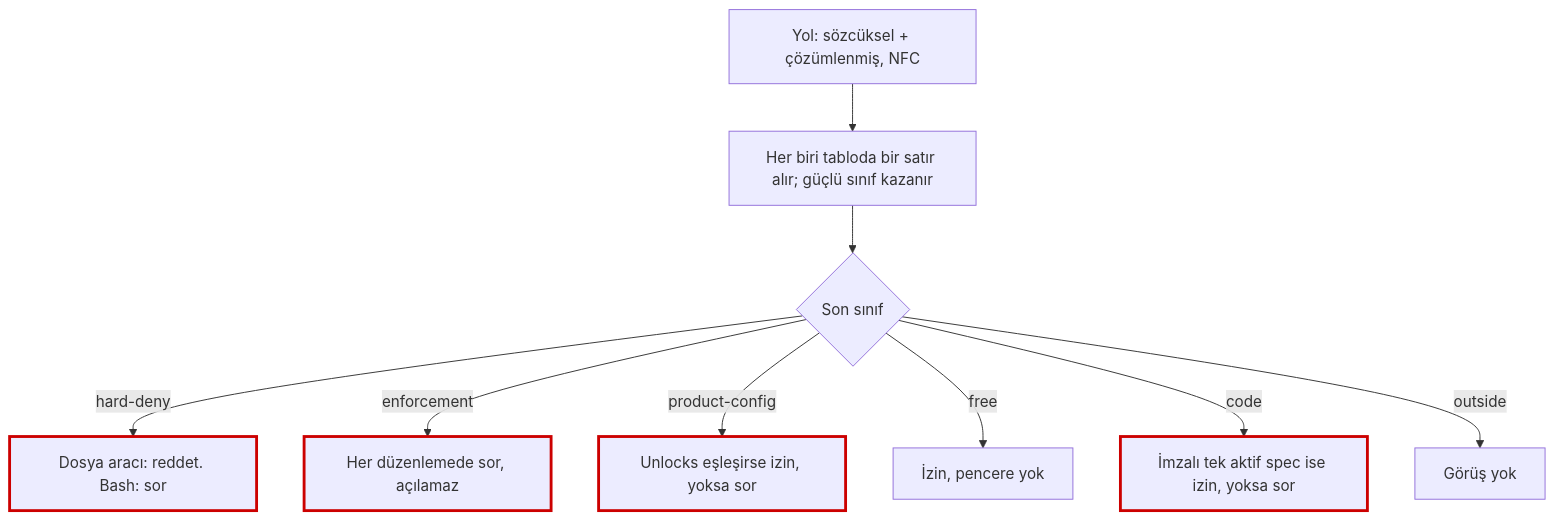
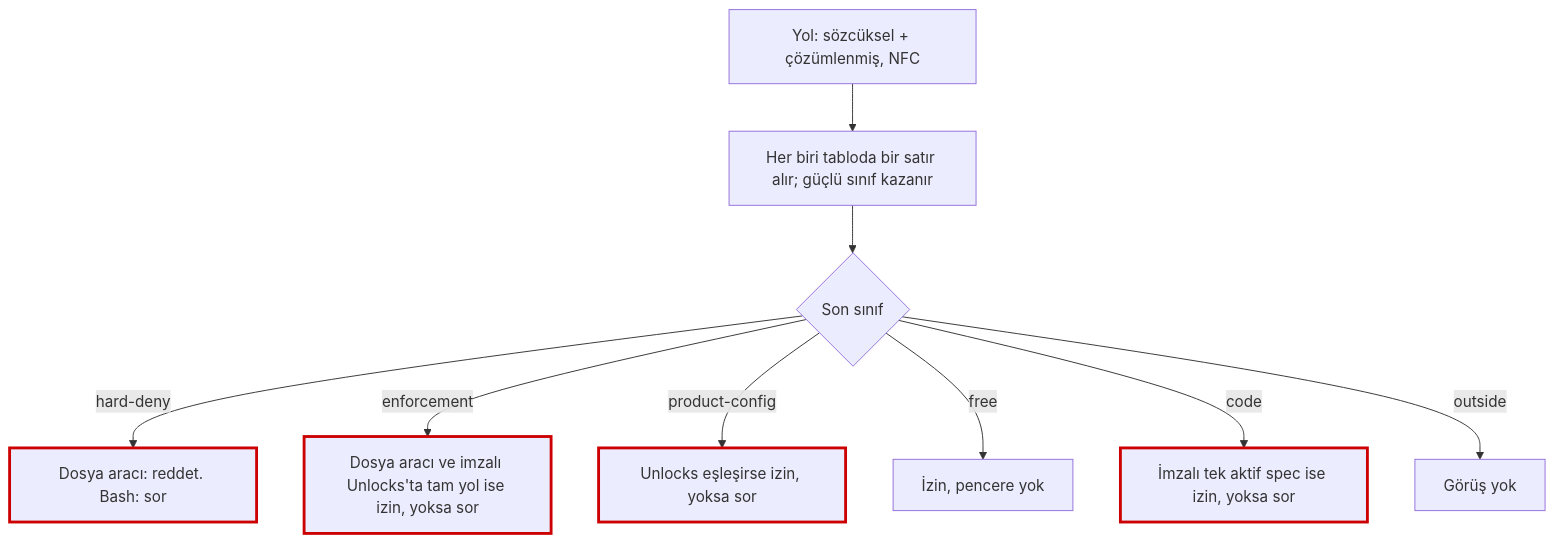
Before and after one commit to GktuOktay/claude-agency-v2: the first of 2 diagrams in docs/architecture/adr/0001-path-class-taxonomy.md, drawn with Mermaid. The commit also changed other lines of this file and 7 other files, not shown here.

````diff
--- a/docs/architecture/adr/0001-path-class-taxonomy.md
+++ b/docs/architecture/adr/0001-path-class-taxonomy.md
@@ -53,13 +55,13 @@
 ```mermaid
 flowchart TD
   A[Yol: sözcüksel + çözümlenmiş, NFC] --> S[Her biri tabloda bir satır alır; güçlü sınıf kazanır]
   S --> B{Son sınıf}
   B -->|hard-deny| R1[Dosya aracı: reddet. Bash: sor]
-  B -->|enforcement| R2[Her düzenlemede sor, açılamaz]
+  B -->|enforcement| R2[Dosya aracı ve imzalı Unlocks'ta tam yol ise izin, yoksa sor]
   B -->|product-config| R4[Unlocks eşleşirse izin, yoksa sor]
   B -->|free| R5[İzin, pencere yok]
   B -->|code| R6[İmzalı tek aktif spec ise izin, yoksa sor]
   B -->|outside| R7[Görüş yok]
   classDef ceo stroke:#c00,stroke-width:3px
   class R1,R2,R4,R6 ceo
 ```
````
